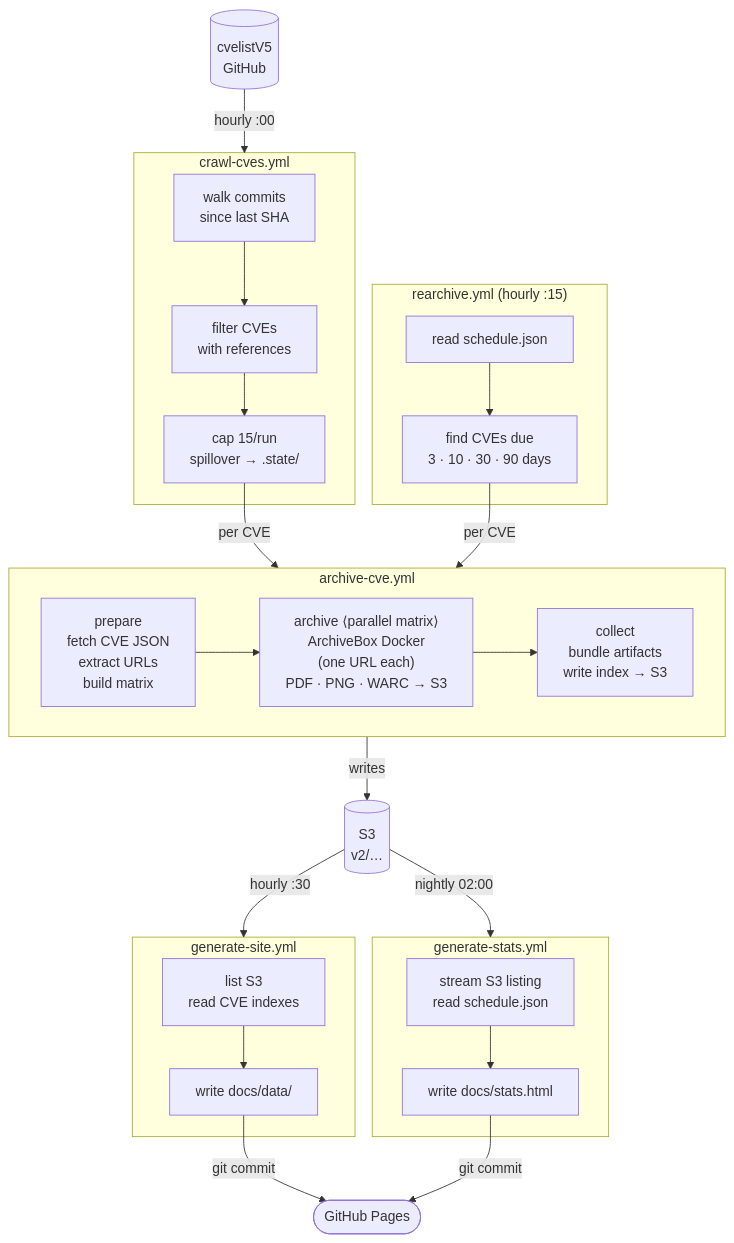
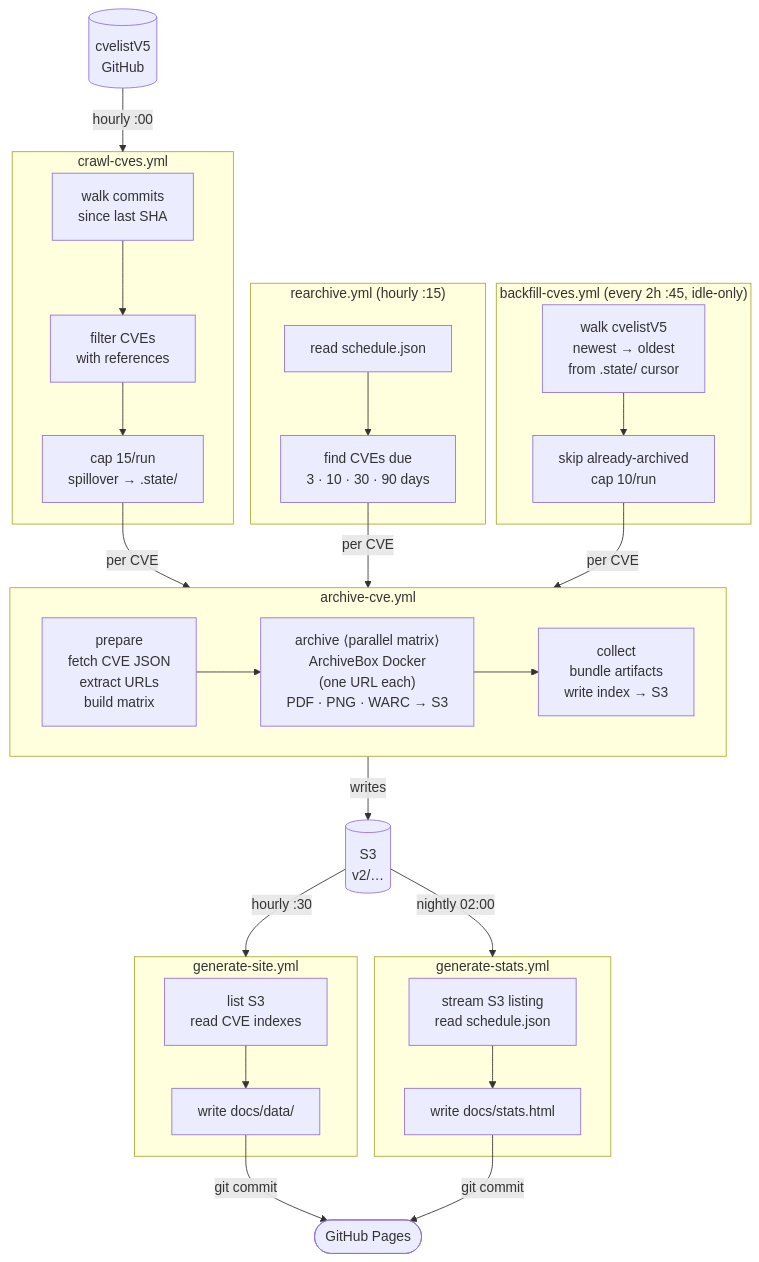
The diagram in README.md (VulnCorps/refgha), drawn with Mermaid before and after one commit. The commit also changed other lines of this file and 2 other files, not shown here.

Commit message:
feat: add de-prioritized backfill queue workflow (#13)
Tailing via crawl-cves.yml started circa March 2026, leaving all older
CVEs unarchived. backfill-cves.yml walks CVEProject/cvelistV5 in reverse
chronological order (CVE year/number descending) from a committed cursor
in .state/backfill-cursor and feeds small batches into archive-cve.yml.

De-prioritization: runs every 2 hours at :45 (offset from the live
crons) and defers itself whenever a crawl, re-archive, or archive run is
in progress or queued, so backfill never competes with live tailing.

- Skips CVEs already in the schedule.json ledger or the crawler's
  spillover queue; only CVEs with references are archived
- Caps work per run (10 CVEs archived, 200 refs-checks, 300 dir
  listings) and advances the cursor past everything scanned
- Registers backfilled CVEs in schedule.json with all re-archive
  intervals pre-completed (source: backfill) so rearchive.yml does not
  re-snapshot historical content
- Cursor becomes DONE when the walk reaches 1999
- Supports dry_run, force, max_cves, max_scan, and min_year dispatch
  inputs

Claude-Session: https://claude.ai/code/session_01PKf1ugz9HMaaiKGofwPLhm

````diff
--- a/README.md
+++ b/README.md
@@ -11,67 +11,78 @@
 ```mermaid
 flowchart TD
     CVE[(cvelistV5
  GitHub)]
 
     CVE -->|hourly :00| crawl
 
     subgraph crawl ["crawl-cves.yml"]
         C1[walk commits
  since last SHA]
         C2[filter CVEs
  with references]
         C3[cap 15/run
  spillover → .state/]
         C1 --> C2 --> C3
     end
 
     C3 -->|per CVE| archive
 
     subgraph rearchive ["rearchive.yml  (hourly :15)"]
         R1[read schedule.json]
         R2[find CVEs due
  3 · 10 · 30 · 90 days]
         R1 --> R2
     end
 
     R2 -->|per CVE| archive
+
+    subgraph backfill ["backfill-cves.yml  (every 2h :45, idle-only)"]
+        B1[walk cvelistV5
+ newest → oldest
+ from .state/ cursor]
+        B2[skip already-archived
+ cap 10/run]
+        B1 --> B2
+    end
+
+    B2 -->|per CVE| archive
 
     subgraph archive ["archive-cve.yml"]
         direction LR
         P[prepare
  fetch CVE JSON
  extract URLs
  build matrix]
         A["archive  ⟨parallel matrix⟩
  ArchiveBox Docker
   (one URL each)
  PDF · PNG · WARC → S3"]
         K[collect
  bundle artifacts
  write index → S3]
         P --> A --> K
     end
 
     K -->|writes| S3[(S3
  v2/…)]
 
     S3 -->|hourly :30| site
     S3 -->|nightly 02:00| stats
 
     subgraph site ["generate-site.yml"]
         G1[list S3
  read CVE indexes]
         G2[write docs/data/]
         G1 --> G2
     end
 
     subgraph stats ["generate-stats.yml"]
         S2[stream S3 listing
  read schedule.json]
         S3b[write docs/stats.html]
         S2 --> S3b
     end
 
     G2 -->|git commit| Pages([GitHub Pages])
     S3b -->|git commit| Pages
 ```
````
